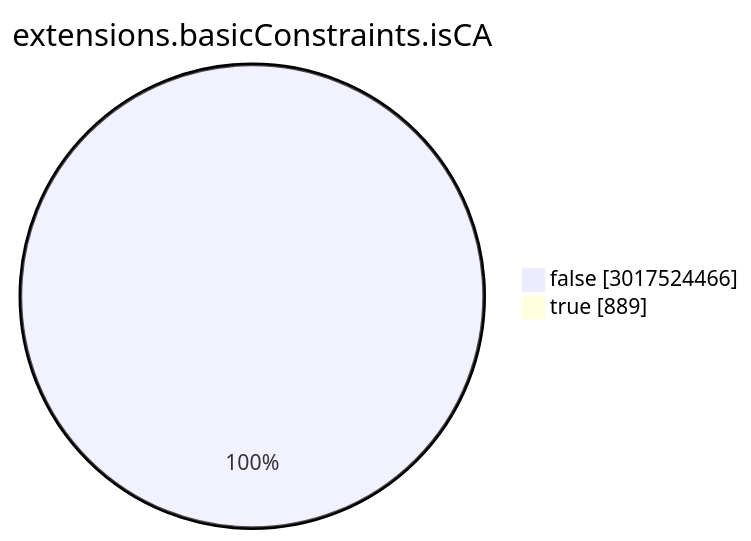
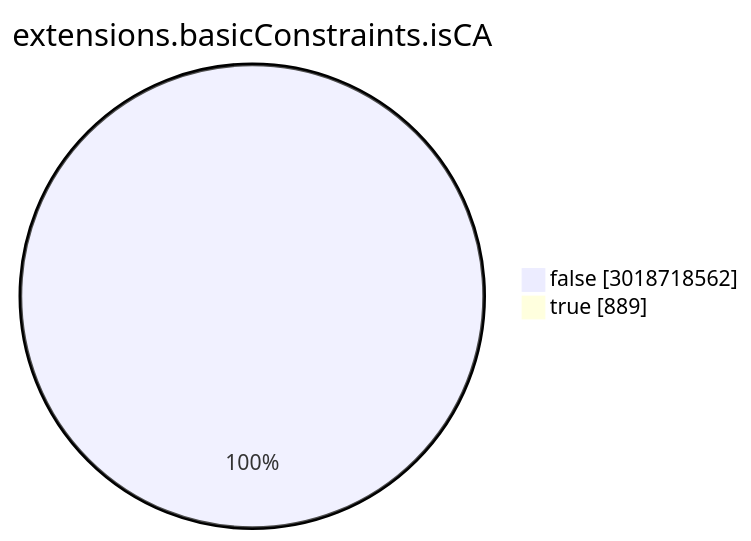
Before and after one commit to christiankrug/ctmonitor_visualization: the seventh of 15 diagrams in TOTAL/README.md, drawn with Mermaid. The commit also changed other lines of this file, not shown here.

````diff
--- a/TOTAL/README.md
+++ b/TOTAL/README.md
@@ -3085,6 +3086,6 @@
 ```mermaid
 pie showData
 title extensions.basicConstraints.isCA
-"false" :3017524466
+"false" :3018718562
 "true" :889
 ```
````
